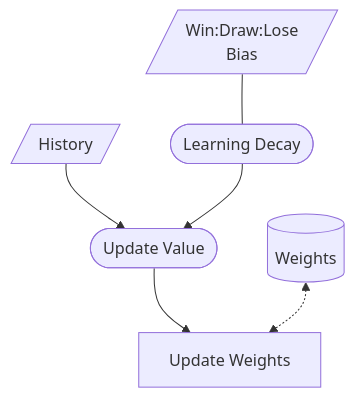
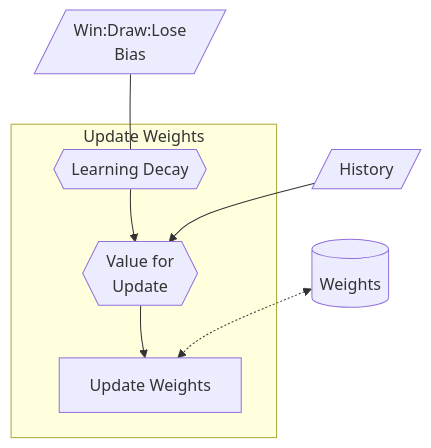
One commit to Ryuji-Hazama/AI_RSP_Game changed the fifth of 6 diagrams in README.md. Above: the diagram before and after it, drawn with Mermaid. The commit also changed other lines of this file, not shown here.

````diff
--- a/README.md
+++ b/README.md
@@ -210,9 +211,12 @@
 ```mermaid
 graph TD;
-  H[/History/] --> Uv(["Update Value"]);
-  Uv --> U["Update Weights"];
+  subgraph A["Update Weights"];
+    Uv{{"Value for
+    Update"}} --> U["Update Weights"];
+    Ld{{"Learning Decay"}} --> Uv;
+  end
   Bias[/"Win:Draw:Lose
-    Bias"/] --- Ld(["Learning Decay"]);
-  Ld --> Uv;
+    Bias"/] --- Ld;
+  H[/History/] --> Uv;
   We[("Weights")] <-.-> U;
 ```
````
